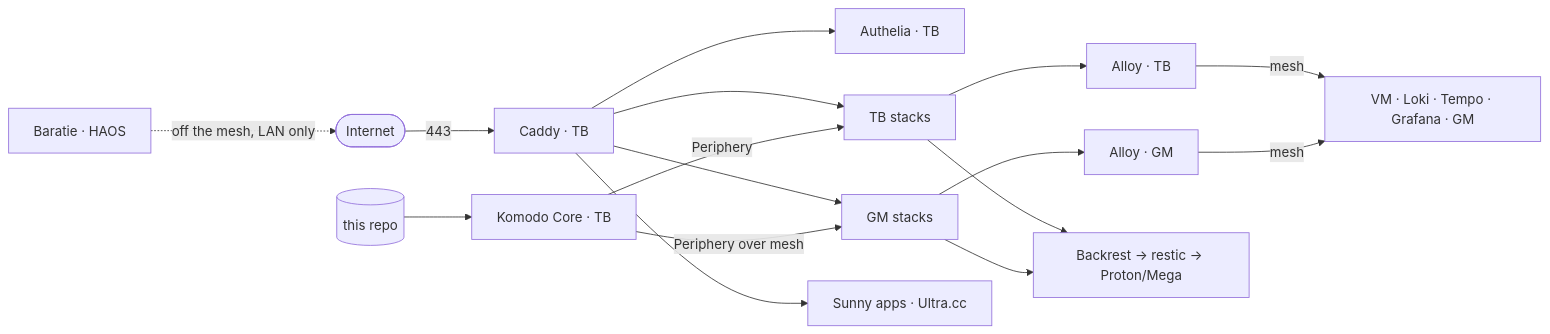
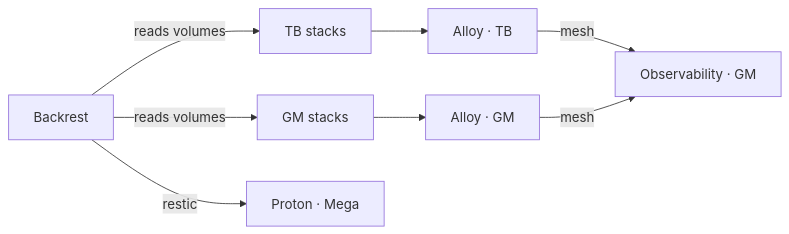
One commit to siffreinsg/the-sea changed the third of 3 diagrams in docs/ARCHI.md. Above: the diagram before and after it, drawn with Mermaid. The commit also changed other lines of this file and 1 other file, not shown here.

First line of the commit message:
docs(archi): split the diagram by path, name the mesh exception

````diff
--- a/docs/ARCHI.md
+++ b/docs/ARCHI.md
@@ -6,18 +27,8 @@
 ```mermaid
 flowchart LR
-  user([Internet]) -->|443| caddy[Caddy · TB]
-  caddy --> authelia[Authelia · TB]
-  caddy --> tb_apps[TB stacks]
-  caddy --> gm_apps[GM stacks]
-  caddy --> sunny[Sunny apps · Ultra.cc]
-  baratie[Baratie · HAOS] -.->|off the mesh, LAN only| user
-
-  repo[(this repo)] --> komodo[Komodo Core · TB]
-  komodo -->|Periphery| tb_apps
-  komodo -->|Periphery over mesh| gm_apps
-
-  tb_apps --> alloy_tb[Alloy · TB]
-  gm_apps --> alloy_gm[Alloy · GM]
-  alloy_tb & alloy_gm -->|mesh| obs[VM · Loki · Tempo · Grafana · GM]
-  tb_apps & gm_apps --> backrest[Backrest → restic → Proton/Mega]
+  tb[TB stacks] --> alloy_tb[Alloy · TB]
+  gm[GM stacks] --> alloy_gm[Alloy · GM]
+  alloy_tb & alloy_gm -->|mesh| obs[Observability · GM]
+  backrest[Backrest] -->|reads volumes| tb & gm
+  backrest -->|restic| off[Proton · Mega]
 ```
````
